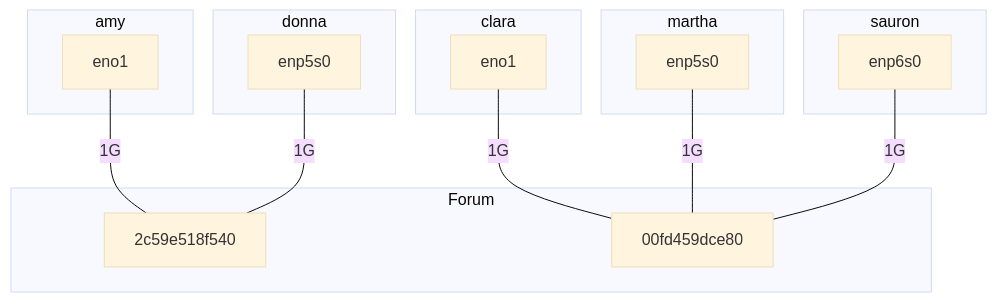
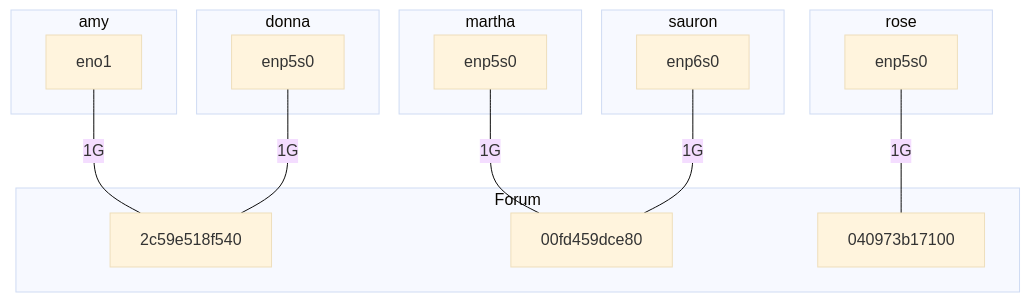
Before and after one commit to TUM-DSE/doctor-cluster-config: the diagram in docs/edinburgh/graph.md, drawn with Mermaid (base theme). The commit also changed 1 other file, not shown here.

Commit message:
regenerate network graph

````diff
--- a/docs/edinburgh/graph.md
+++ b/docs/edinburgh/graph.md
@@ -1,32 +1,33 @@
 ```mermaid
   graph TD
       amy.eno1["eno1"]-- 1G ---Forum.2c59e518f540["2c59e518f540"]
-      clara.eno1["eno1"]-- 1G ---Forum.00fd459dce80["00fd459dce80"]
       donna.enp5s0["enp5s0"]-- 1G ---Forum.2c59e518f540["2c59e518f540"]
       martha.enp5s0["enp5s0"]-- 1G ---Forum.00fd459dce80["00fd459dce80"]
+      rose.enp5s0["enp5s0"]-- 1G ---Forum.040973b17100["040973b17100"]
       sauron.enp6s0["enp6s0"]-- 1G ---Forum.00fd459dce80["00fd459dce80"]
       subgraph Forum
       Forum.00fd459dce80["00fd459dce80"]
+      Forum.040973b17100["040973b17100"]
       Forum.2c59e518f540["2c59e518f540"]
       end
       subgraph sauron
       sauron.enp6s0["enp6s0"]
       end
       subgraph donna
       donna.enp5s0["enp5s0"]
       end
-      subgraph clara
-      clara.eno1["eno1"]
-      end
       subgraph amy
       amy.eno1["eno1"]
+      end
+      subgraph rose
+      rose.enp5s0["enp5s0"]
       end
       subgraph martha
       martha.enp5s0["enp5s0"]
       end
       click sauron.enp6s0 "https://github.com/TUM-DSE/doctor-cluster-config/blob/master/docs/edinburgh/sauron.md" "sauron"
       click donna.enp5s0 "https://github.com/TUM-DSE/doctor-cluster-config/blob/master/docs/edinburgh/donna.md" "donna"
-      click clara.eno1 "https://github.com/TUM-DSE/doctor-cluster-config/blob/master/docs/edinburgh/clara.md" "clara"
       click amy.eno1 "https://github.com/TUM-DSE/doctor-cluster-config/blob/master/docs/edinburgh/amy.md" "amy"
+      click rose.enp5s0 "https://github.com/TUM-DSE/doctor-cluster-config/blob/master/docs/edinburgh/rose.md" "rose"
       click martha.enp5s0 "https://github.com/TUM-DSE/doctor-cluster-config/blob/master/docs/edinburgh/martha.md" "martha"
 ```
````
